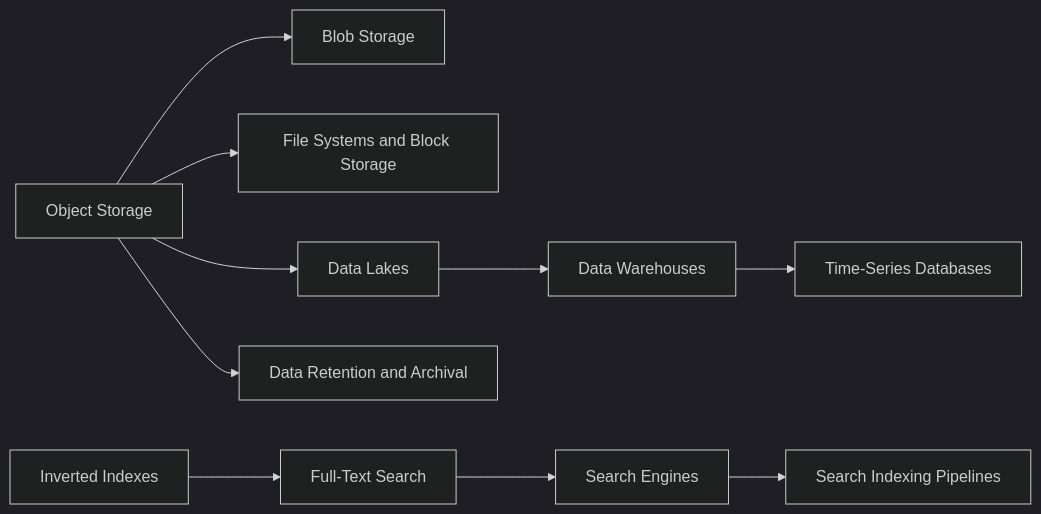
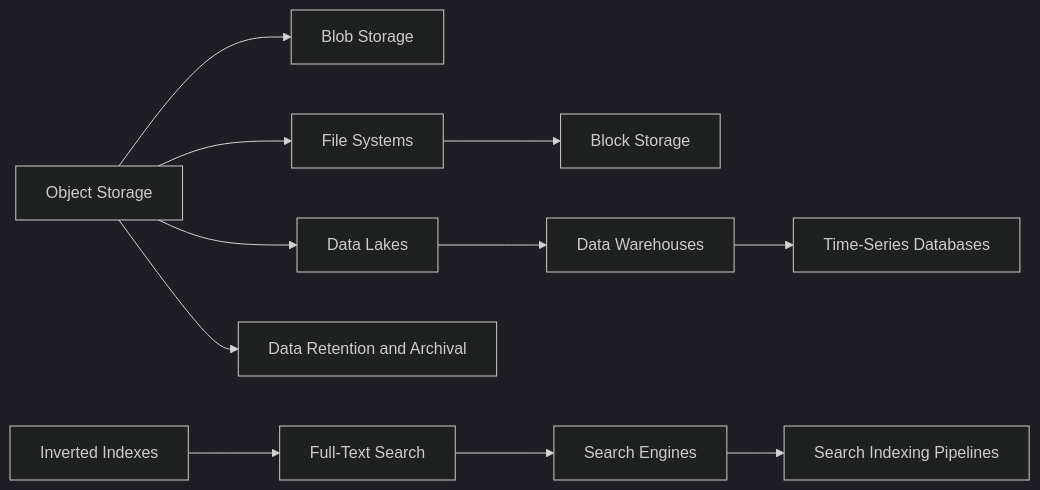
Before and after one commit to kunal-ladh/learn-system-design: the diagram in HLD/01 HLD & System Design/Storage & Search/Storage & Search MOC.md, drawn with Mermaid (dark theme). The commit also changed other lines of this file and 195 other files, not shown here.

````diff
--- a/HLD/01 HLD & System Design/Storage & Search/Storage & Search MOC.md
+++ b/HLD/01 HLD & System Design/Storage & Search/Storage & Search MOC.md
@@ -23,12 +25,14 @@
 ```mermaid
 flowchart LR
     A[Object Storage] --> B[Blob Storage]
-    A --> C[File Systems and Block Storage]
+    A --> C1[File Systems]
+    C1 --> C2[Block Storage]
     A --> D[Data Lakes]
     D --> E[Data Warehouses]
     E --> F[Time-Series Databases]
     G[Inverted Indexes] --> H[Full-Text Search]
     H --> I[Search Engines]
     I --> J[Search Indexing Pipelines]
     A --> K[Data Retention and Archival]
+    class A,B,C1,C2,D,E,F,G,H,I,J,K internal-link;
 ```
````
